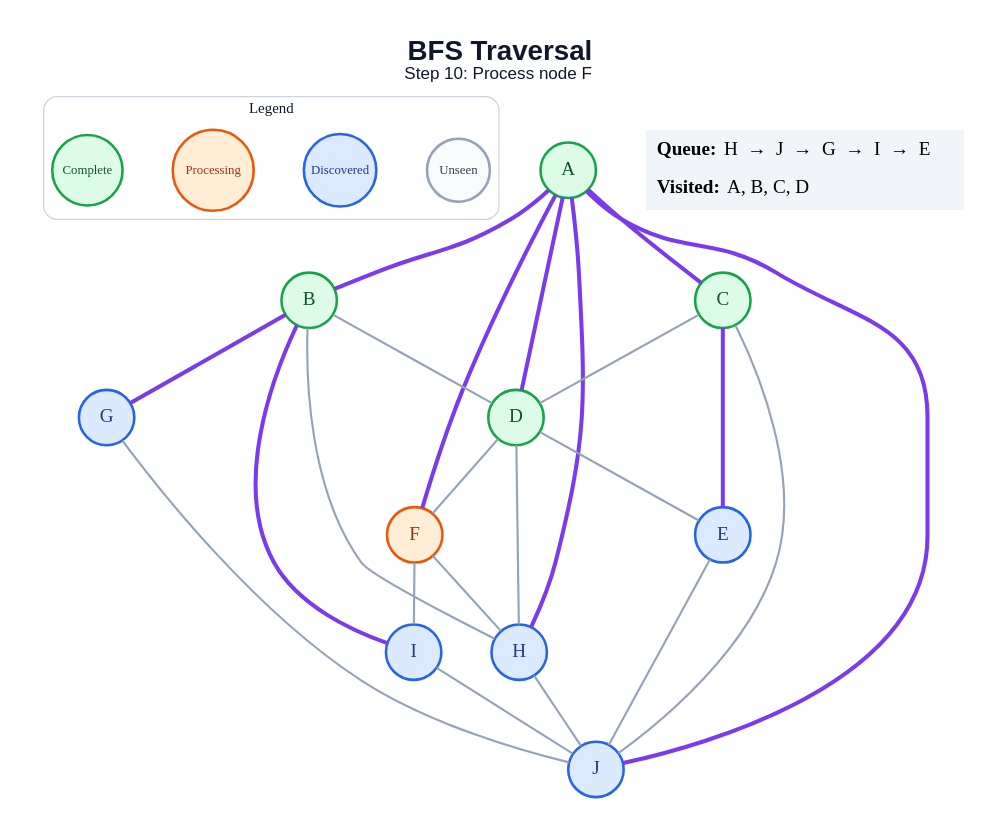
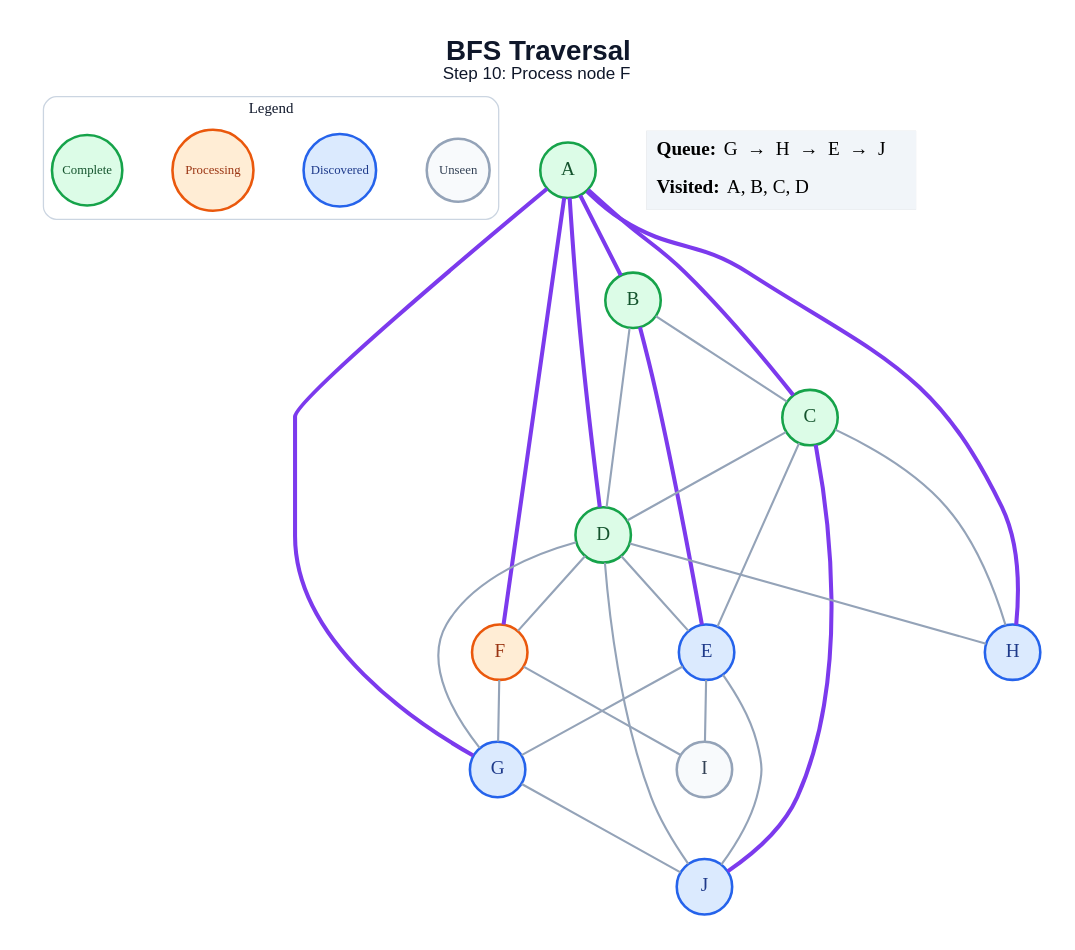
One commit to amanghodawala9/ai-slop changed the diagram in generated/bfs/step_10.dot. Above: the diagram before and after it, drawn with Graphviz. The commit also changed 178 other files, not shown here.

```diff
--- a/generated/bfs/step_10.dot
+++ b/generated/bfs/step_10.dot
@@ -1,51 +1,53 @@
 graph traversal {
   graph [layout=dot, rankdir=TB, bgcolor="#FFFFFF", pad="0.35", nodesep="0.65", ranksep="0.8", fontname="Arial"];
   node [shape=circle, style="filled", fontname="Arial Bold", fontsize=18, width=0.72, fixedsize=true, penwidth=2.4];
   edge [color="#94A3B8", penwidth=2.0];
   label=<<B>BFS Traversal</B><BR/><FONT POINT-SIZE="16">Step 10: Process node F</FONT>>; labelloc="t"; fontsize=26; fontname="Arial"; fontcolor="#0F172A";
   subgraph cluster_legend { label="Legend"; color="#CBD5E1"; penwidth=1.2; style="rounded"; fontsize=14; fontname="Arial Bold";
     key_unseen [label="Unseen", fillcolor="#F8FAFC", color="#94A3B8", fontcolor="#334155", fontsize=12, width=0.82];
     key_frontier [label="Discovered", fillcolor="#DBEAFE", color="#2563EB", fontcolor="#1E3A8A", fontsize=12, width=0.95];
     key_current [label="Processing", fillcolor="#FFEDD5", color="#EA580C", fontcolor="#9A3412", fontsize=12, width=1.05];
     key_done [label="Complete", fillcolor="#DCFCE7", color="#16A34A", fontcolor="#14532D", fontsize=12, width=0.92];
     { rank=same; key_unseen; key_frontier; key_current; key_done; }
   }
   A [fillcolor="#DCFCE7", color="#16A34A", fontcolor="#14532D"];
   B [fillcolor="#DCFCE7", color="#16A34A", fontcolor="#14532D"];
   C [fillcolor="#DCFCE7", color="#16A34A", fontcolor="#14532D"];
   D [fillcolor="#DCFCE7", color="#16A34A", fontcolor="#14532D"];
   E [fillcolor="#DBEAFE", color="#2563EB", fontcolor="#1E3A8A"];
   F [fillcolor="#FFEDD5", color="#EA580C", fontcolor="#9A3412"];
   G [fillcolor="#DBEAFE", color="#2563EB", fontcolor="#1E3A8A"];
   H [fillcolor="#DBEAFE", color="#2563EB", fontcolor="#1E3A8A"];
-  I [fillcolor="#DBEAFE", color="#2563EB", fontcolor="#1E3A8A"];
+  I [fillcolor="#F8FAFC", color="#94A3B8", fontcolor="#334155"];
   J [fillcolor="#DBEAFE", color="#2563EB", fontcolor="#1E3A8A"];
   A -- B [color="#7C3AED", penwidth=3.8];
   A -- C [color="#7C3AED", penwidth=3.8];
   A -- D [color="#7C3AED", penwidth=3.8];
   A -- F [color="#7C3AED", penwidth=3.8];
+  A -- G [color="#7C3AED", penwidth=3.8];
   A -- H [color="#7C3AED", penwidth=3.8];
-  A -- J [color="#7C3AED", penwidth=3.8];
+  B -- C;
   B -- D;
-  B -- G [color="#7C3AED", penwidth=3.8];
-  B -- H;
-  B -- I [color="#7C3AED", penwidth=3.8];
+  B -- E [color="#7C3AED", penwidth=3.8];
   C -- D;
-  C -- E [color="#7C3AED", penwidth=3.8];
-  C -- J;
+  C -- E;
+  C -- H;
+  C -- J [color="#7C3AED", penwidth=3.8];
   D -- E;
   D -- F;
+  D -- G;
   D -- H;
+  D -- J;
+  E -- G;
+  E -- I;
   E -- J;
-  F -- H;
+  F -- G;
   F -- I;
   G -- J;
-  H -- J;
-  I -- J;
   status [shape=plain, fixedsize=false, width=0, height=0, margin=0, label=<
     <TABLE BORDER="0" CELLBORDER="0" CELLPADDING="7" BGCOLOR="#F1F5F9">
-      <TR><TD ALIGN="LEFT"><B>Queue:</B> H  →  J  →  G  →  I  →  E</TD></TR>
+      <TR><TD ALIGN="LEFT"><B>Queue:</B> G  →  H  →  E  →  J</TD></TR>
       <TR><TD ALIGN="LEFT"><B>Visited:</B> A, B, C, D</TD></TR>
     </TABLE>
   >];
 }
```
